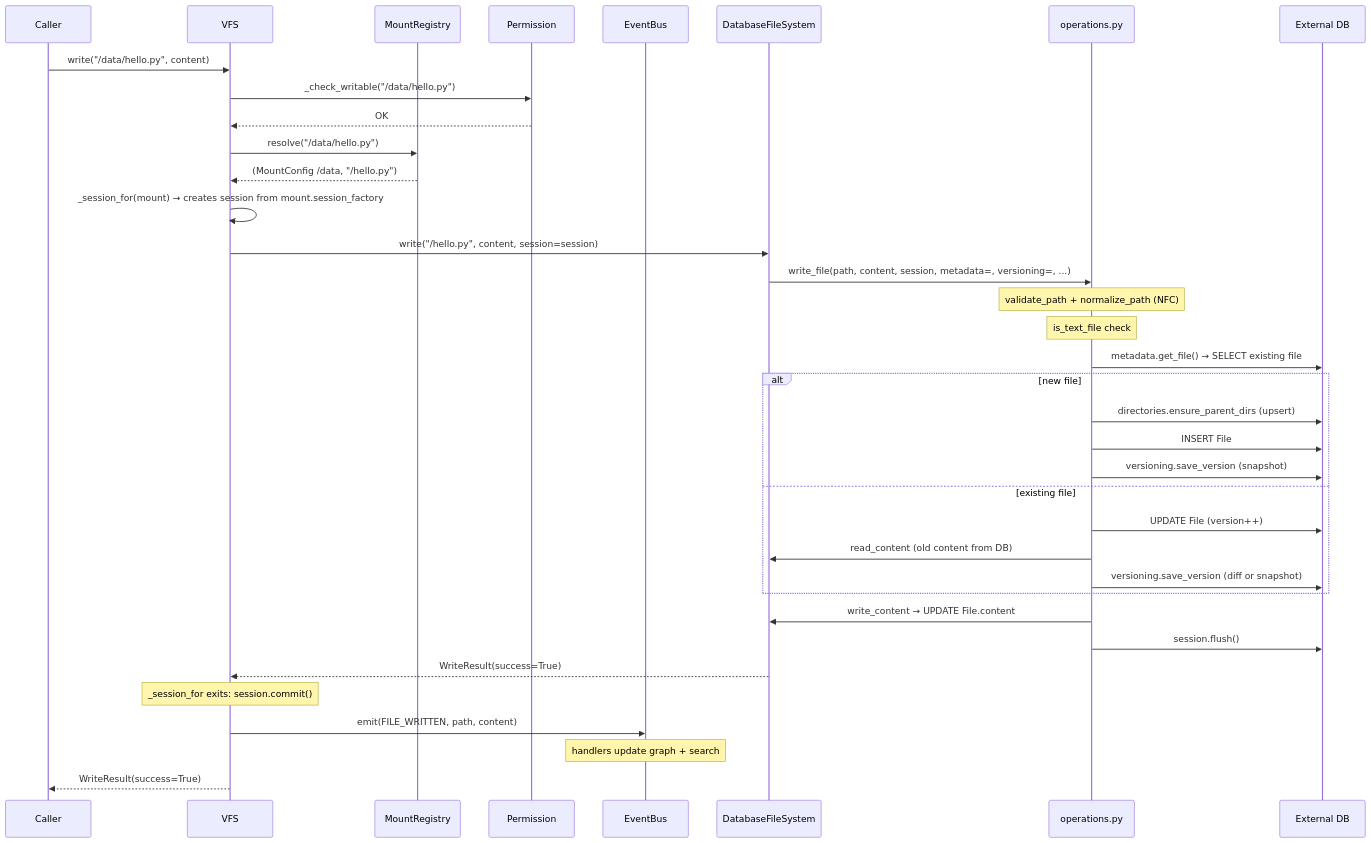
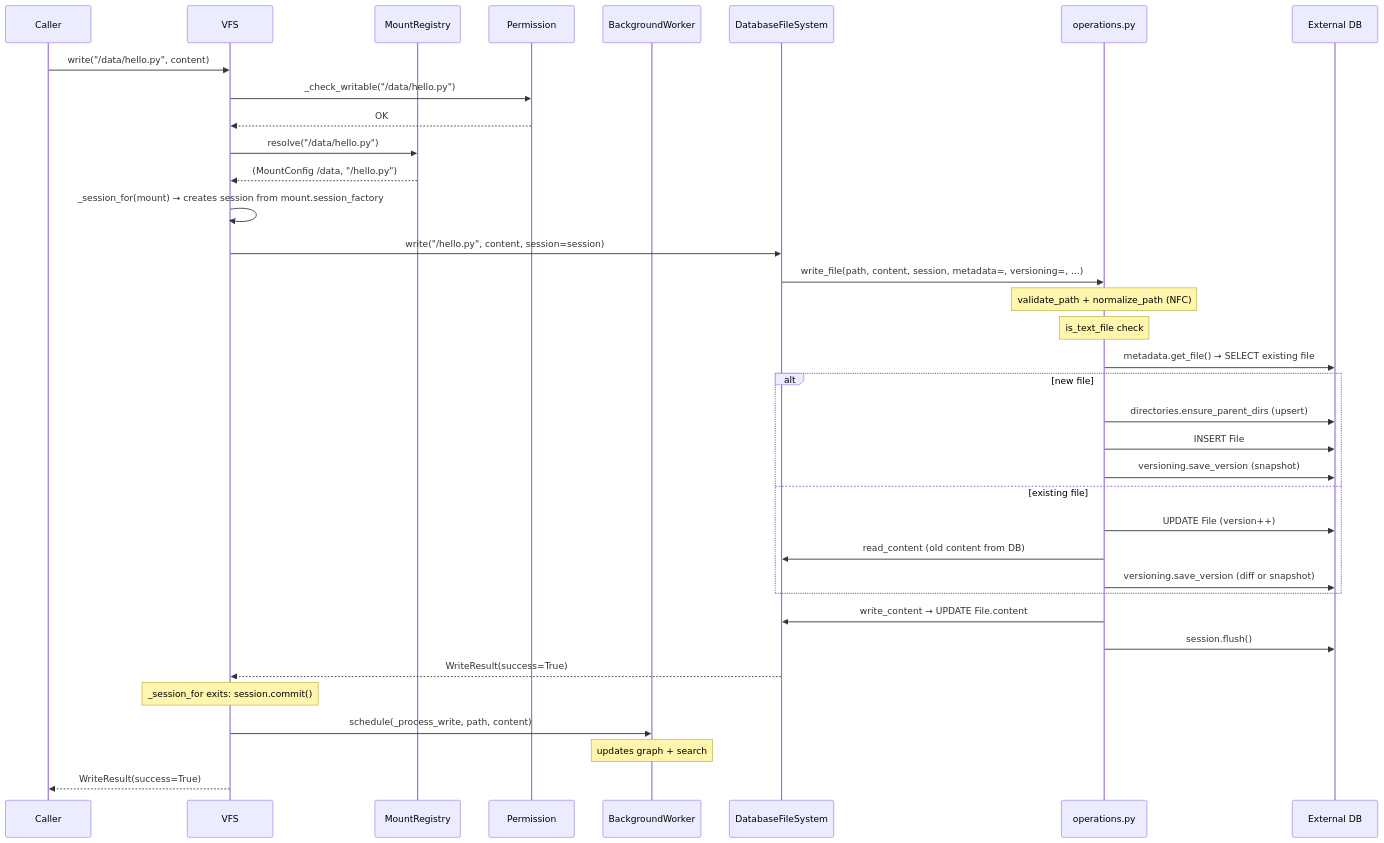
The third of 9 diagrams in docs/fs_architecture.md (ClayGendron/grover), drawn with Mermaid before and after one commit. The commit also changed other lines of this file and 10 other files, not shown here.

First line of the commit message:
Delete EventBus, update all imports and docs to BackgroundWorker

````diff
--- a/docs/fs_architecture.md
+++ b/docs/fs_architecture.md
@@ -214,49 +214,49 @@
 ```mermaid
 sequenceDiagram
     participant C as Caller
     participant UFS as VFS
     participant MR as MountRegistry
     participant P as Permission
-    participant EB as EventBus
+    participant BW as BackgroundWorker
     participant DFS as DatabaseFileSystem
     participant Ops as operations.py
     participant DB as External DB
 
     C->>UFS: write("/data/hello.py", content)
     UFS->>P: _check_writable("/data/hello.py")
     P-->>UFS: OK
 
     UFS->>MR: resolve("/data/hello.py")
     MR-->>UFS: (MountConfig /data, "/hello.py")
 
     UFS->>UFS: _session_for(mount) → creates session from mount.session_factory
     UFS->>DFS: write("/hello.py", content, session=session)
 
     DFS->>Ops: write_file(path, content, session, metadata=, versioning=, ...)
 
     Note over Ops: validate_path + normalize_path (NFC)
     Note over Ops: is_text_file check
 
     Ops->>DB: metadata.get_file() → SELECT existing file
     alt new file
         Ops->>DB: directories.ensure_parent_dirs (upsert)
         Ops->>DB: INSERT File
         Ops->>DB: versioning.save_version (snapshot)
     else existing file
         Ops->>DB: UPDATE File (version++)
         Ops->>DFS: read_content (old content from DB)
         Ops->>DB: versioning.save_version (diff or snapshot)
     end
 
     Ops->>DFS: write_content → UPDATE File.content
     Ops->>DB: session.flush()
 
     DFS-->>UFS: WriteResult(success=True)
 
     Note over UFS: _session_for exits: session.commit()
 
-    UFS->>EB: emit(FILE_WRITTEN, path, content)
-    Note over EB: handlers update graph + search
+    UFS->>BW: schedule(_process_write, path, content)
+    Note over BW: updates graph + search
 
     UFS-->>C: WriteResult(success=True)
 ```
````
